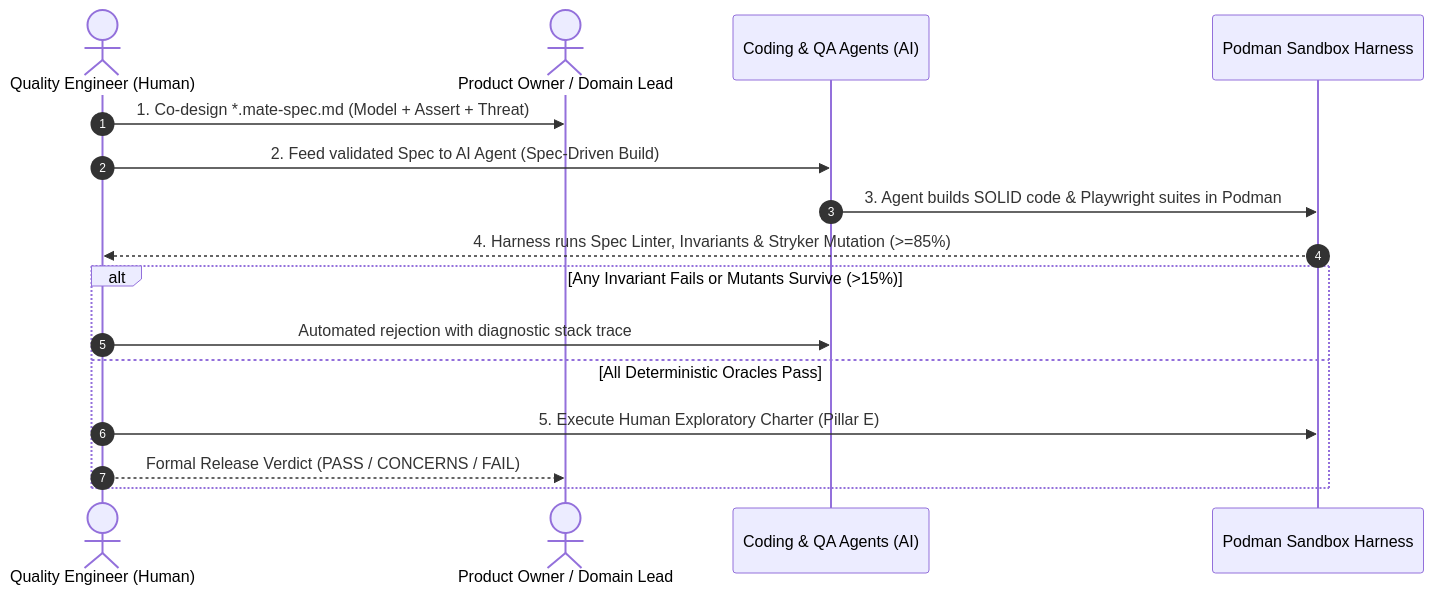
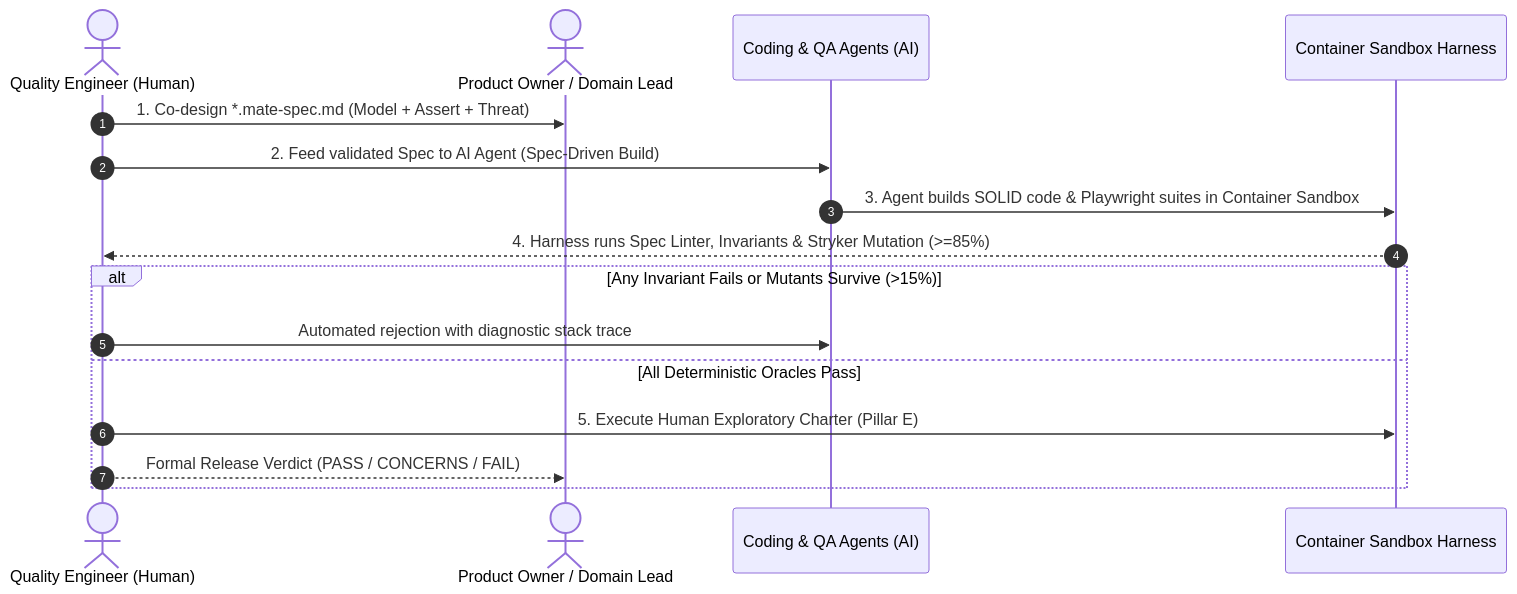
The second of 2 diagrams in MANIFESTO.md (crespoantonio/mate-sdt), drawn with Mermaid before and after one commit. The commit also changed other lines of this file and 5 other files, not shown here.

````diff
--- a/MANIFESTO.md
+++ b/MANIFESTO.md
@@ -207,19 +207,19 @@
 ```mermaid
 sequenceDiagram
     autonumber
     actor QE as Quality Engineer (Human)
     actor PO as Product Owner / Domain Lead
     participant Agent as Coding & QA Agents (AI)
-    participant Harness as Podman Sandbox Harness
+    participant Harness as Container Sandbox Harness
 
     QE->>PO: 1. Co-design *.mate-spec.md (Model + Assert + Threat)
     QE->>Agent: 2. Feed validated Spec to AI Agent (Spec-Driven Build)
-    Agent->>Harness: 3. Agent builds SOLID code & Playwright suites in Podman
+    Agent->>Harness: 3. Agent builds SOLID code & Playwright suites in Container Sandbox
     Harness-->>QE: 4. Harness runs Spec Linter, Invariants & Stryker Mutation (>=85%)
     alt Any Invariant Fails or Mutants Survive (>15%)
         QE->>Agent: Automated rejection with diagnostic stack trace
     else All Deterministic Oracles Pass
         QE->>Harness: 5. Execute Human Exploratory Charter (Pillar E)
         QE-->>PO: Formal Release Verdict (PASS / CONCERNS / FAIL)
     end
 ```
````
